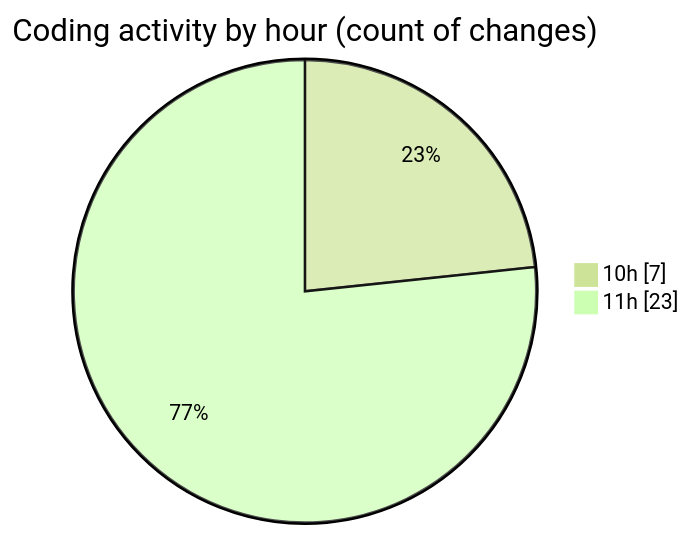
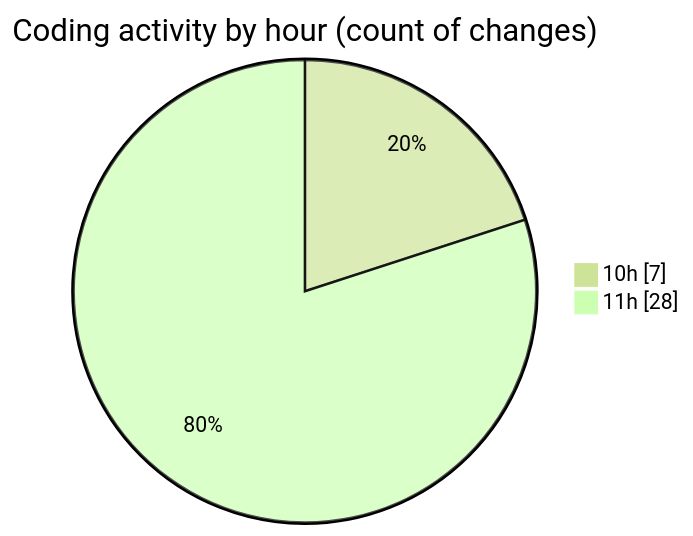
Before and after one commit to momahboobian/code-tracking: the second of 2 diagrams in 2025-06-26/cda/README.md, drawn with Mermaid (forest theme). The commit also changed other lines of this file and 1 other file, not shown here.

````diff
--- a/2025-06-26/cda/README.md
+++ b/2025-06-26/cda/README.md
@@ -28,6 +28,6 @@
 ```mermaid
 pie showData
 title Coding activity by hour (count of changes)
 "10h" : 7
-"11h" : 23
+"11h" : 28
 ```
````
